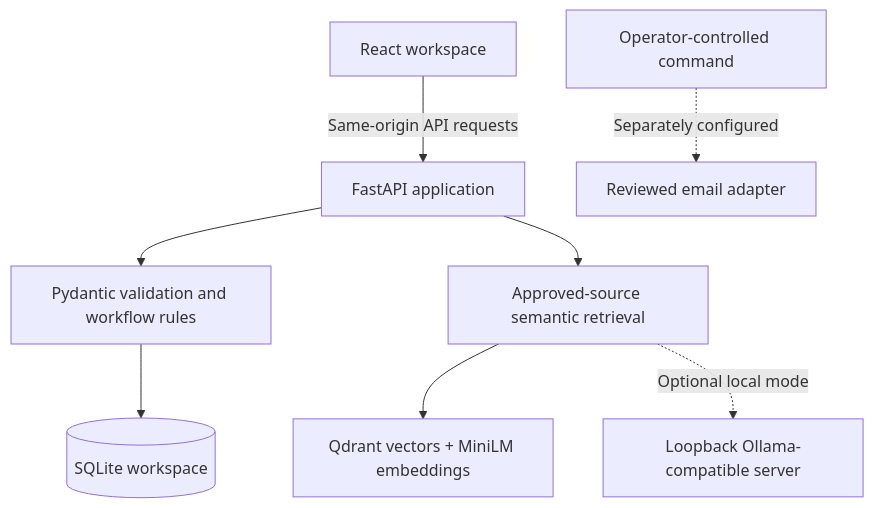
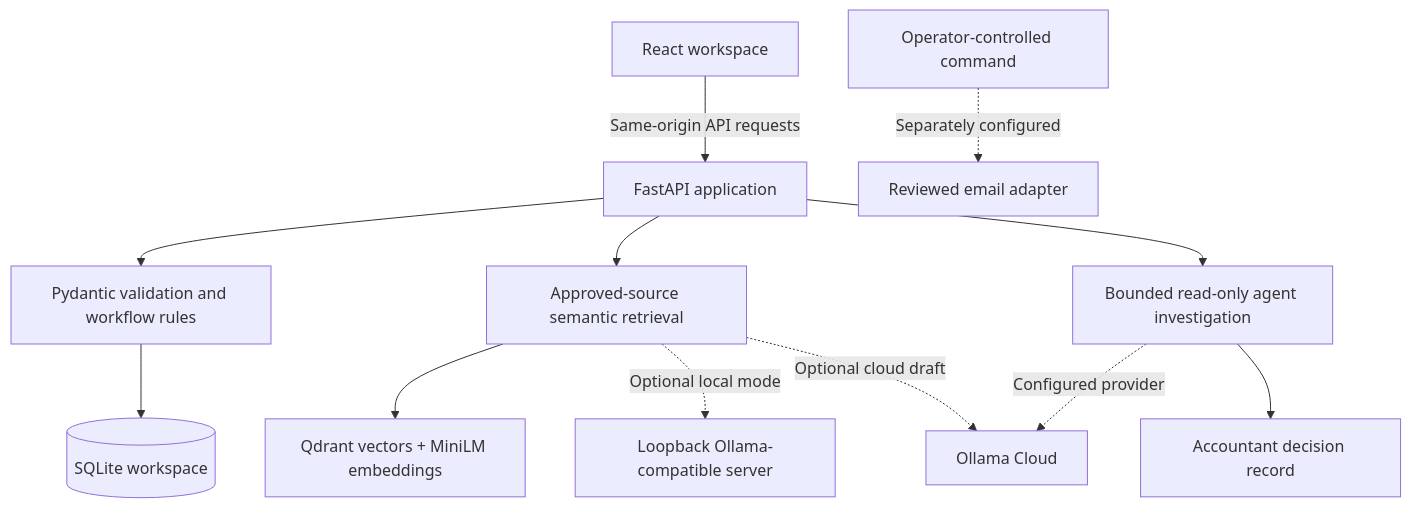
One commit to rachitr200/accounting-workbench changed the diagram in README.md. Above: the diagram before and after it, drawn with Mermaid. The commit also changed other lines of this file, not shown here.

Commit message:
Document complete October 5 cloud workflow and RAG release

````diff
--- a/README.md
+++ b/README.md
@@ -104,10 +136,14 @@
 ```mermaid
 flowchart TD
     Browser[React workspace] -->|Same-origin API requests| API[FastAPI application]
     API --> Validation[Pydantic validation and workflow rules]
     Validation --> DB[(SQLite workspace)]
     API --> Retrieval[Approved-source semantic retrieval]
     Retrieval --> VectorDB[Qdrant vectors + MiniLM embeddings]
     Retrieval -. Optional local mode .-> Model[Loopback Ollama-compatible server]
+    Retrieval -. Optional cloud draft .-> Cloud[Ollama Cloud]
+    API --> Agent[Bounded read-only agent investigation]
+    Agent -. Configured provider .-> Cloud
+    Agent --> Review[Accountant decision record]
     Operator[Operator-controlled command] -. Separately configured .-> SMTP[Reviewed email adapter]
 ```
````
